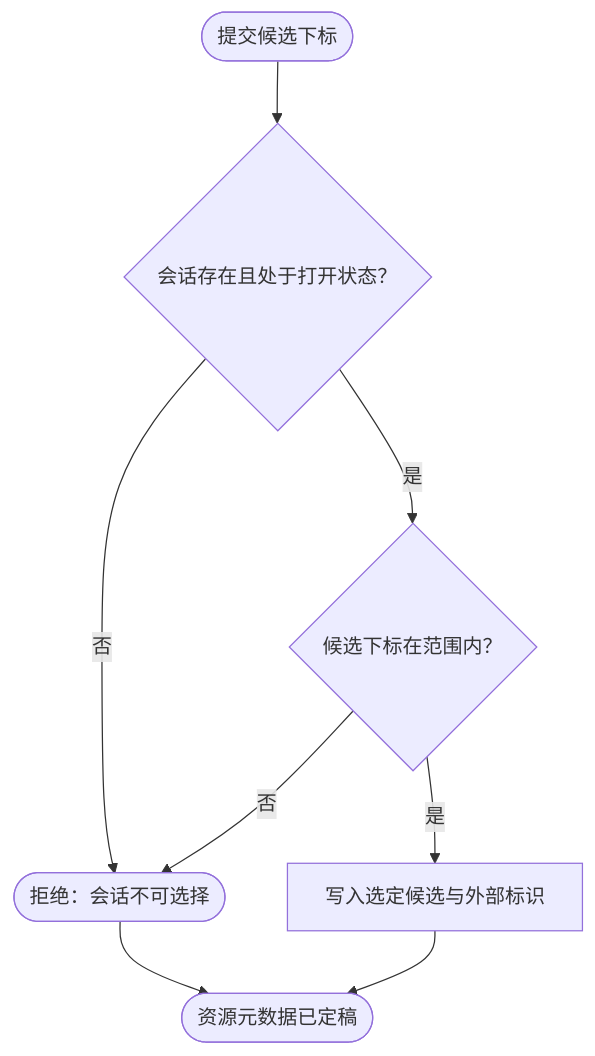
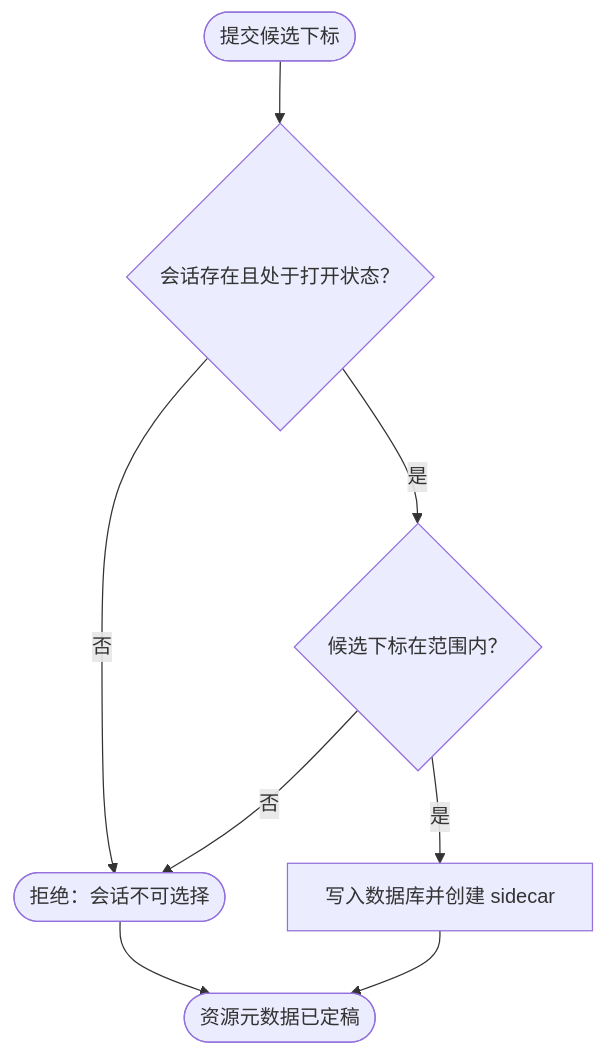
The eighth of 19 diagrams in assets/projects/home-media-pilot/feature-flow.md (yunjies/knowledge-base), drawn with Mermaid before and after one commit. The commit also changed other lines of this file and 3 other files, not shown here.

````diff
--- a/assets/projects/home-media-pilot/feature-flow.md
+++ b/assets/projects/home-media-pilot/feature-flow.md
@@ -727,10 +737,10 @@
 ```mermaid
 flowchart TD
     START_SELECT(["提交候选下标"]) --> SESSION_OPEN{"会话存在且处于打开状态？"}
     SESSION_OPEN -- 否 --> SELECT_ERROR(["拒绝：会话不可选择"])
     SESSION_OPEN -- 是 --> INDEX_VALID{"候选下标在范围内？"}
     INDEX_VALID -- 否 --> SELECT_ERROR
-    INDEX_VALID -- 是 --> PERSIST_SELECTION["写入选定候选与外部标识"]
+    INDEX_VALID -- 是 --> PERSIST_SELECTION["写入数据库并创建 sidecar"]
     PERSIST_SELECTION --> SELECT_DONE(["资源元数据已定稿"])
     SELECT_ERROR --> SELECT_DONE
 ```
````
